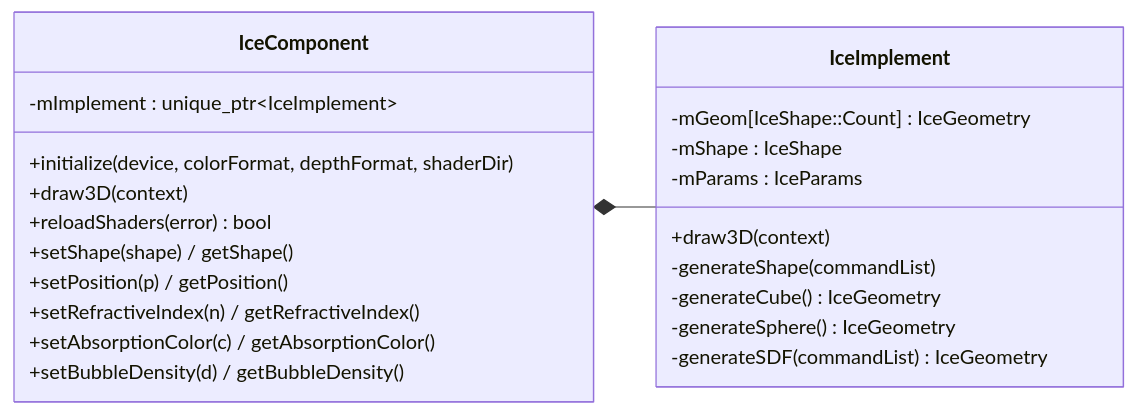
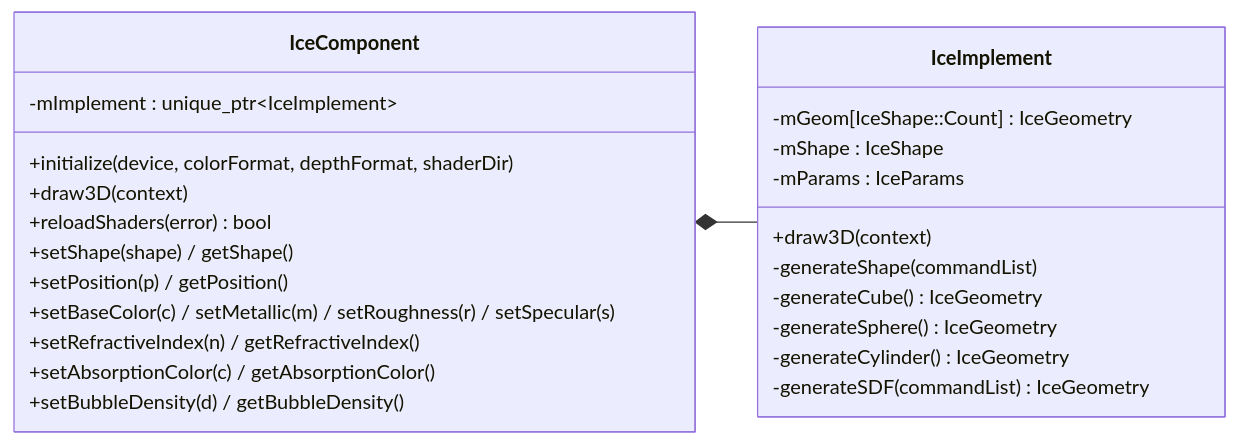
The second of 3 diagrams in docs/DESIGN.md (HayatoOtsuki/Test), drawn with Mermaid before and after one commit. The commit also changed other lines of this file and 1 other file, not shown here.

First line of the commit message:
docs: explain the ice component and update the design

````diff
--- a/docs/DESIGN.md
+++ b/docs/DESIGN.md
@@ -86,26 +95,28 @@
 ```mermaid
 classDiagram
     direction LR
     class IceComponent {
         +initialize(device, colorFormat, depthFormat, shaderDir)
         +draw3D(context)
         +reloadShaders(error) bool
         +setShape(shape) / getShape()
         +setPosition(p) / getPosition()
+        +setBaseColor(c) / setMetallic(m) / setRoughness(r) / setSpecular(s)
         +setRefractiveIndex(n) / getRefractiveIndex()
         +setAbsorptionColor(c) / getAbsorptionColor()
         +setBubbleDensity(d) / getBubbleDensity()
         -mImplement : unique_ptr~IceImplement~
     }
     class IceImplement {
         +draw3D(context)
         -generateShape(commandList)
         -generateCube() IceGeometry
         -generateSphere() IceGeometry
+        -generateCylinder() IceGeometry
         -generateSDF(commandList) IceGeometry
         -mGeom[IceShape::Count] : IceGeometry
         -mShape : IceShape
         -mParams : IceParams
     }
     IceComponent *-- IceImplement
 ```
````
